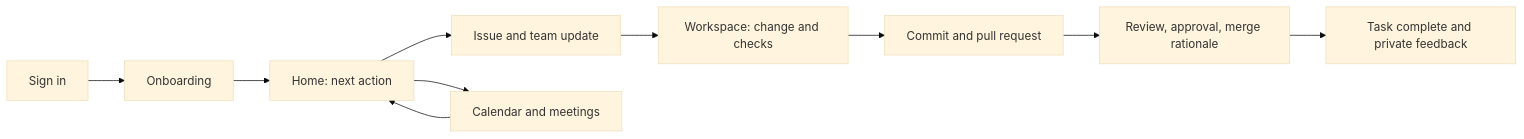
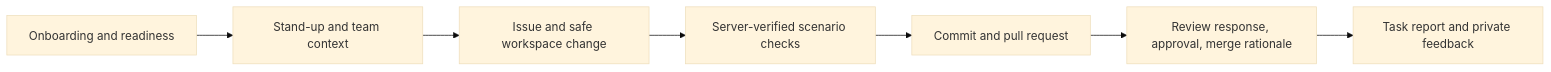
One commit to abhicsng007/AIWEX changed the first of 2 diagrams in README.md. Above: the diagram before and after it, drawn with Mermaid (base theme). The commit also changed other lines of this file and 3 other files, not shown here.

````diff
--- a/README.md
+++ b/README.md
@@ -48,12 +34,9 @@
-```mermaid
+~~~mermaid
 flowchart LR
-  A[Sign in] --> B[Onboarding]
-  B --> C[Home: next action]
-  C --> D[Issue and team update]
-  D --> E[Workspace: change and checks]
-  E --> F[Commit and pull request]
-  F --> G[Review, approval, merge rationale]
-  G --> H[Task complete and private feedback]
-  C --> I[Calendar and meetings]
-  I --> C
-```
+  A[Onboarding and readiness] --> B[Stand-up and team context]
+  B --> C[Issue and safe workspace change]
+  C --> D[Server-verified scenario checks]
+  D --> E[Commit and pull request]
+  E --> F[Review response, approval, merge rationale]
+  F --> G[Task report and private feedback]
+~~~
````
